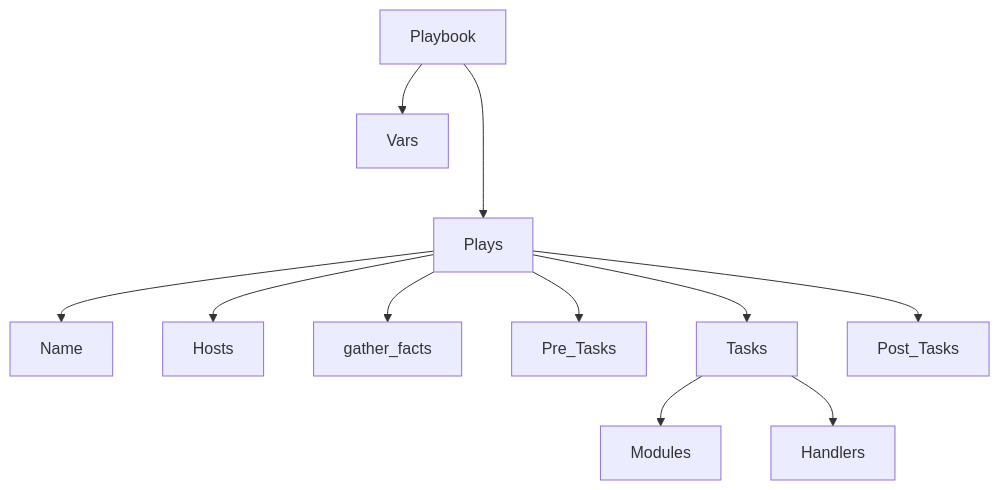
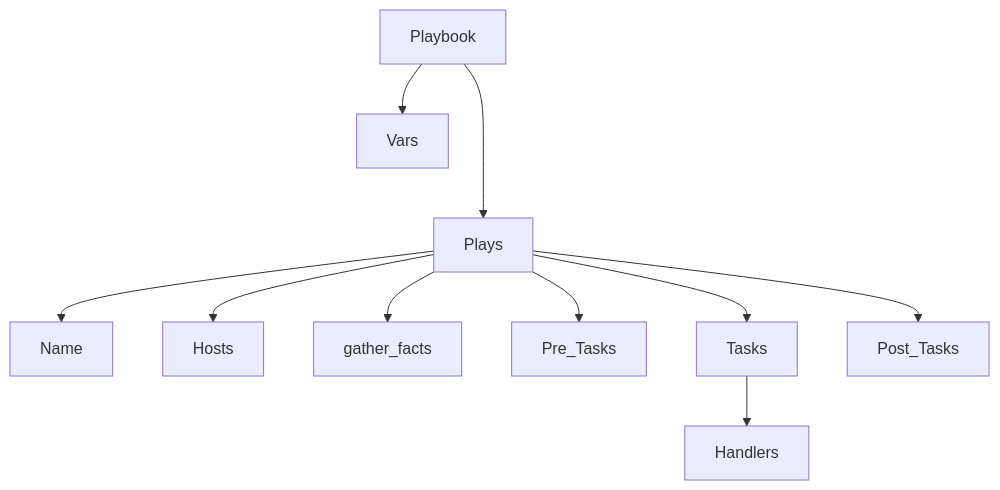
Before and after one commit to SojeLavis/AnsibleNotes: the third of 4 diagrams in README.md, drawn with Mermaid.

````diff
--- a/README.md
+++ b/README.md
@@ -103,14 +103,13 @@
 ```mermaid
 graph TD; 
     Plays-->Name;
     Plays-->Hosts;
     Plays-->gather_facts;
     Playbook--->Plays;
     Playbook-->Vars;
 
     Plays-->Pre_Tasks
     Plays-->Tasks
     Plays-->Post_Tasks
-    Tasks-->Modules
     Tasks-->Handlers 
 ```
````
